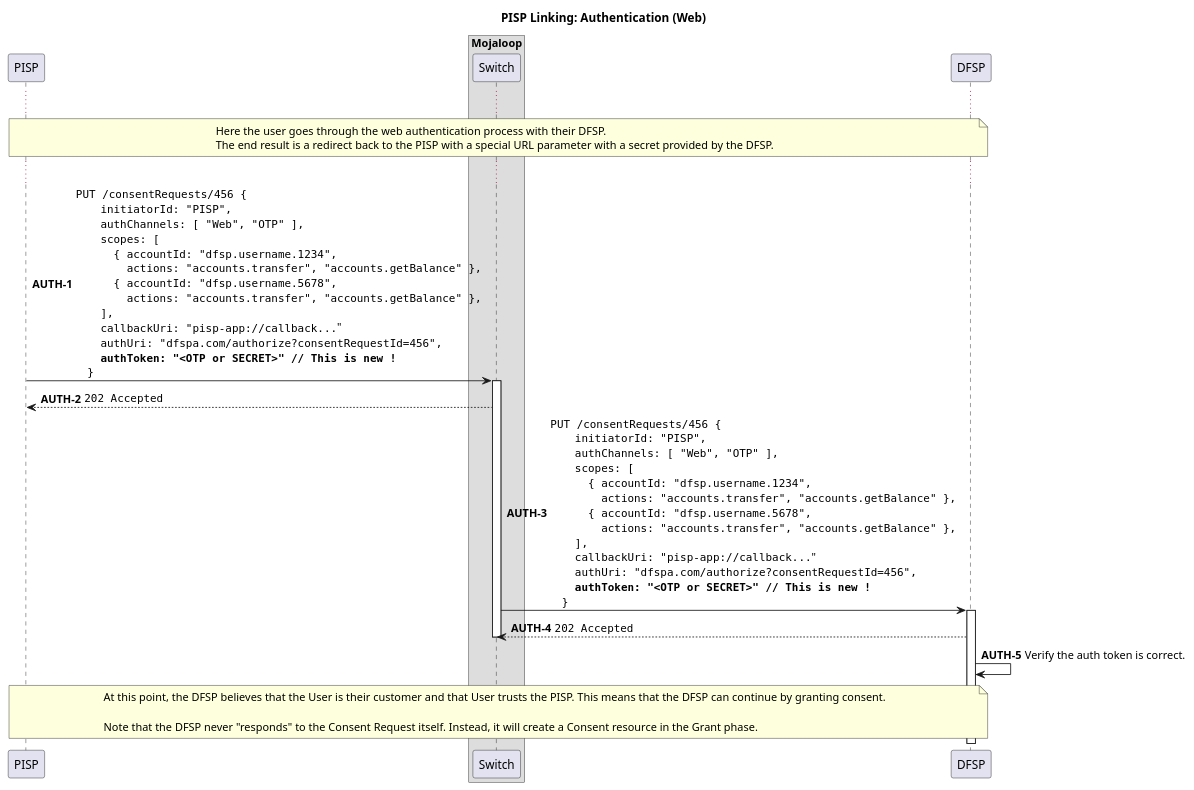
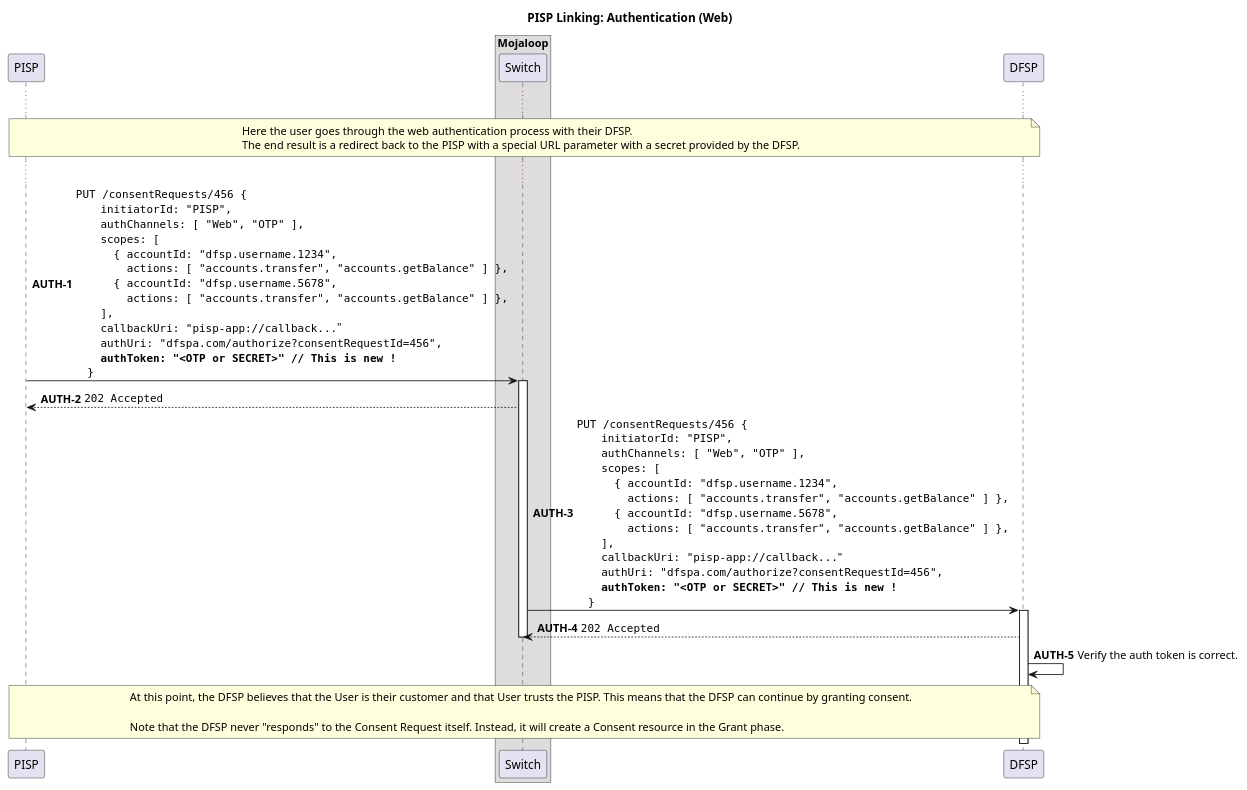
Before and after one commit to mojaloop/pisp-project: the diagram in docs/linking/3-authentication-web.puml, drawn with PlantUML. The commit also changed 6 other files, not shown here.

```diff
--- a/docs/linking/3-authentication-web.puml
+++ b/docs/linking/3-authentication-web.puml
@@ -1,66 +1,66 @@
 @startuml
 
 title PISP Linking: Authentication (Web)
 
 participant "PISP" as PISP
 
 box "Mojaloop"
     participant Switch
 end box
 
 participant "DFSP" as DFSP
 
 autonumber 1 "<b>WEB-AUTH-#</b>"
 
 ...
 
 note over PISP, DFSP
   Here the user goes through the web authentication process with their DFSP.
   The end result is a redirect back to the PISP with a special URL parameter with a secret provided by the DFSP.
 end note
 
 ...
 
 autonumber 1 "<b>AUTH-#</b>"
 
 PISP -> Switch ++: ""PUT /consentRequests/456 {""\n\
     ""  initiatorId: "PISP",""\n\
     ""  authChannels: [ "Web", "OTP" ],""\n\
     ""  scopes: [ ""\n\
     ""    { accountId: "dfsp.username.1234",""\n\
-    ""      actions: "accounts.transfer", "accounts.getBalance" },""\n\
+    ""      actions: [ "accounts.transfer", "accounts.getBalance" ] },""\n\
     ""    { accountId: "dfsp.username.5678",""\n\
-    ""      actions: "accounts.transfer", "accounts.getBalance" },""\n\
+    ""      actions: [ "accounts.transfer", "accounts.getBalance" ] },""\n\
     ""  ],""\n\
     ""  callbackUri: "pisp-app://callback..."""\n\
     ""  authUri: "dfspa.com/authorize?consentRequestId=456",""\n\
     ""  **authToken: "<OTP or SECRET>" // This is new !**""\n\
     ""}""
 Switch --> PISP: ""202 Accepted""
 deactivate PISP
 
 Switch -> DFSP ++: ""PUT /consentRequests/456 {""\n\
     ""  initiatorId: "PISP",""\n\
     ""  authChannels: [ "Web", "OTP" ],""\n\
     ""  scopes: [ ""\n\
     ""    { accountId: "dfsp.username.1234",""\n\
-    ""      actions: "accounts.transfer", "accounts.getBalance" },""\n\
+    ""      actions: [ "accounts.transfer", "accounts.getBalance" ] },""\n\
     ""    { accountId: "dfsp.username.5678",""\n\
-    ""      actions: "accounts.transfer", "accounts.getBalance" },""\n\
+    ""      actions: [ "accounts.transfer", "accounts.getBalance" ] },""\n\
     ""  ],""\n\
     ""  callbackUri: "pisp-app://callback..."""\n\
     ""  authUri: "dfspa.com/authorize?consentRequestId=456",""\n\
     ""  **authToken: "<OTP or SECRET>" // This is new !**""\n\
     ""}""
 DFSP --> Switch: ""202 Accepted""
 deactivate Switch
 
 DFSP -> DFSP: Verify the auth token is correct.
 
 note over PISP, DFSP
   At this point, the DFSP believes that the User is their customer and that User trusts the PISP. This means that the DFSP can continue by granting consent.
 
   Note that the DFSP never "responds" to the Consent Request itself. Instead, it will create a Consent resource in the Grant phase.
 end note
 
 @enduml
```
